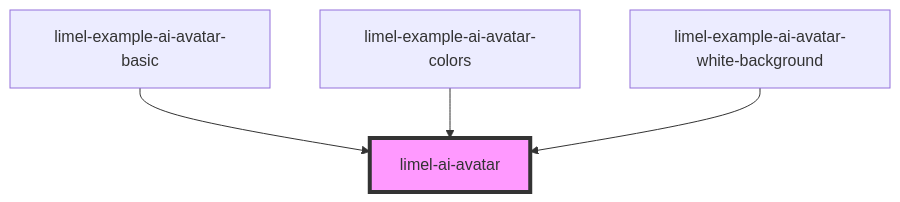
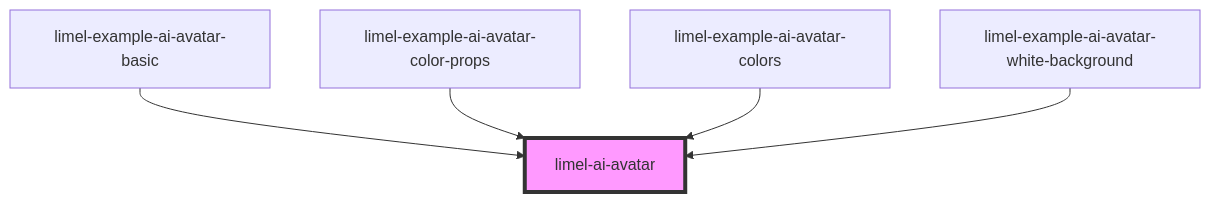
The diagram in versions/PR-3798/markdown-docs/components/ai-avatar/readme.md (Lundalogik/lime-elements), drawn with Mermaid before and after one commit. The commit also changed other lines of this file and 12 other files, not shown here.

````diff
--- a/versions/PR-3798/markdown-docs/components/ai-avatar/readme.md
+++ b/versions/PR-3798/markdown-docs/components/ai-avatar/readme.md
@@ -37,7 +38,8 @@
 ```mermaid
 graph TD;
   limel-example-ai-avatar-basic --> limel-ai-avatar
+  limel-example-ai-avatar-color-props --> limel-ai-avatar
   limel-example-ai-avatar-colors --> limel-ai-avatar
   limel-example-ai-avatar-white-background --> limel-ai-avatar
   style limel-ai-avatar fill:#f9f,stroke:#333,stroke-width:4px
 ```
````
